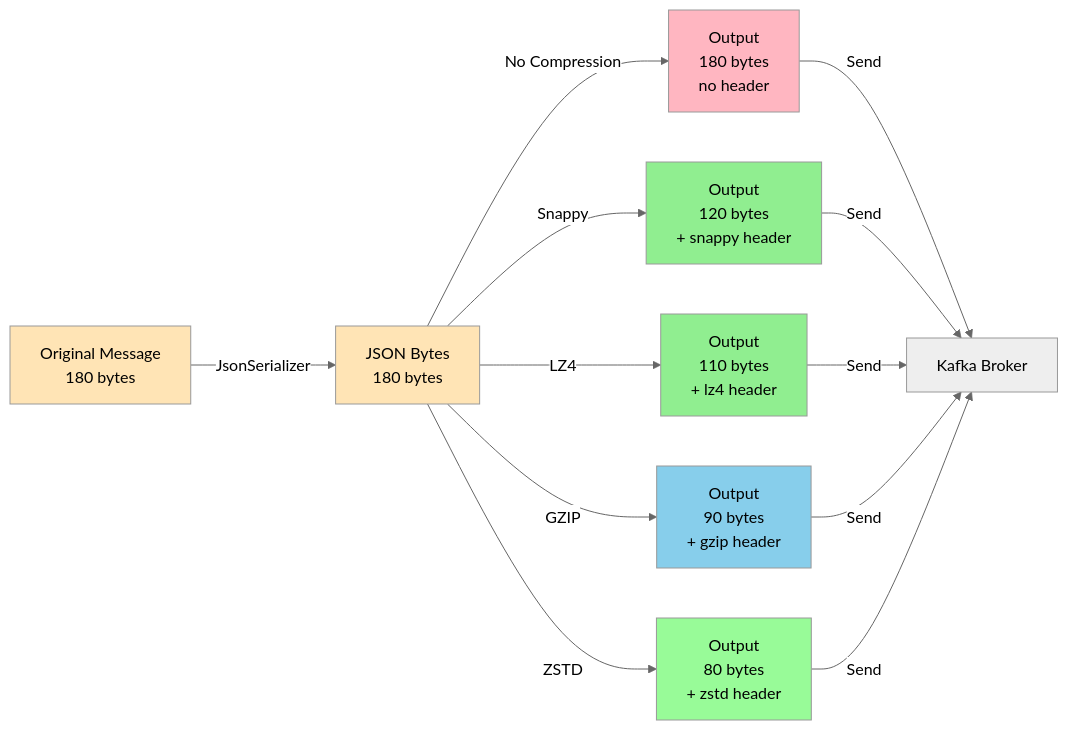
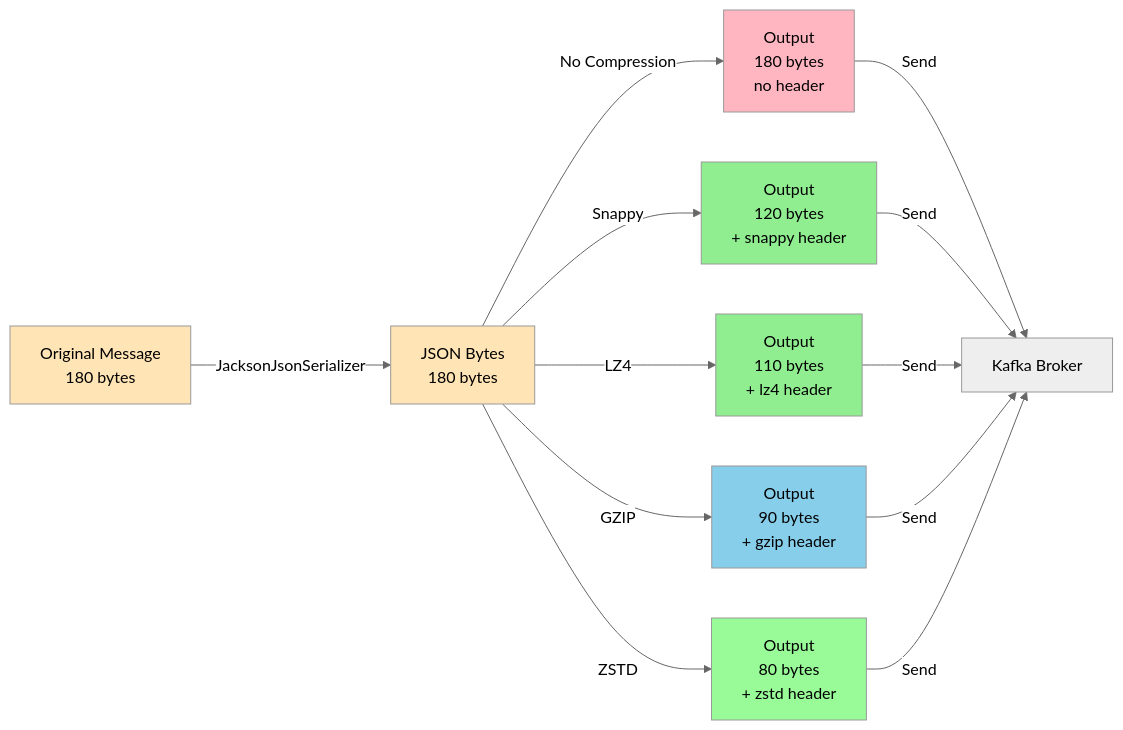
One commit to dilipsundarraj1/kafka-for-developers-using-spring-boot-v2 changed diagram 12 of 17 in library-events-producer-v2/docs/4_KAFKA_TEMPLATE_GUIDE.md. Above: the diagram before and after it, drawn with Mermaid (neutral theme). The commit also changed other lines of this file and 17 other files, not shown here.

````diff
--- a/library-events-producer-v2/docs/4_KAFKA_TEMPLATE_GUIDE.md
+++ b/library-events-producer-v2/docs/4_KAFKA_TEMPLATE_GUIDE.md
@@ -1711,24 +1711,24 @@
 ```mermaid
 graph LR
-    A["Original Message<br/>180 bytes"] -->|JsonSerializer| B["JSON Bytes<br/>180 bytes"]
+    A["Original Message<br/>180 bytes"] -->|JacksonJsonSerializer| B["JSON Bytes<br/>180 bytes"]
     B -->|No Compression| C1["Output<br/>180 bytes<br/>no header"]
 
     B -->|Snappy| C2["Output<br/>120 bytes<br/>+ snappy header"]
     B -->|LZ4| C3["Output<br/>110 bytes<br/>+ lz4 header"]
     B -->|GZIP| C4["Output<br/>90 bytes<br/>+ gzip header"]
     B -->|ZSTD| C5["Output<br/>80 bytes<br/>+ zstd header"]
 
     C1 -->|Send| D["Kafka Broker"]
     C2 -->|Send| D
     C3 -->|Send| D
     C4 -->|Send| D
     C5 -->|Send| D
 
     style A fill:#FFE4B5
     style B fill:#FFE4B5
     style C1 fill:#FFB6C1
     style C2 fill:#90EE90
     style C3 fill:#90EE90
     style C4 fill:#87CEEB
     style C5 fill:#98FB98
 ```
````
